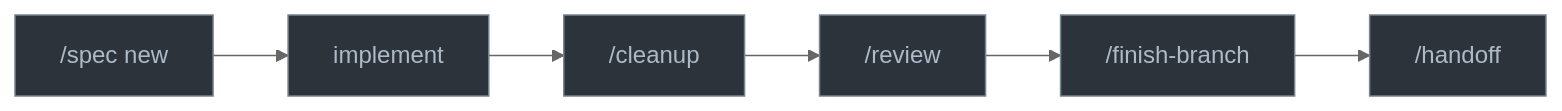
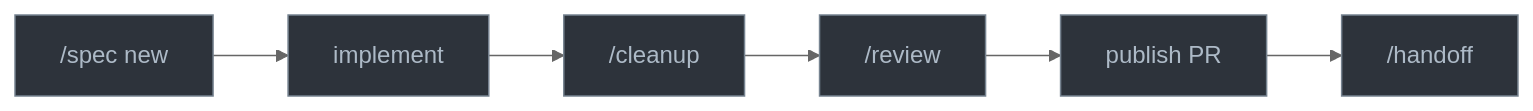
One commit to kpeez/agent-toolbox changed the diagram in README.md. Above: the diagram before and after it, drawn with Mermaid (neutral theme). The commit also changed other lines of this file and 9 other files, not shown here.

First line of the commit message:
refactor(workflow): replace finish-branch with atomic PR publishing and spec status overview (#12)

````diff
--- a/README.md
+++ b/README.md
@@ -112,15 +112,15 @@
 ```mermaid
 graph LR
   A["/spec new"] --> B["implement"]
   B --> C["/cleanup"]
   C --> D["/review"]
-  D --> E["/finish-branch"]
+  D --> E["publish PR"]
   E --> F["/handoff"]
 
 style A fill:#2d333b,stroke:#768390,color:#adbac7
 style B fill:#2d333b,stroke:#768390,color:#adbac7
 style C fill:#2d333b,stroke:#768390,color:#adbac7
 style D fill:#2d333b,stroke:#768390,color:#adbac7
 style E fill:#2d333b,stroke:#768390,color:#adbac7
 style F fill:#2d333b,stroke:#768390,color:#adbac7
 ```
````
